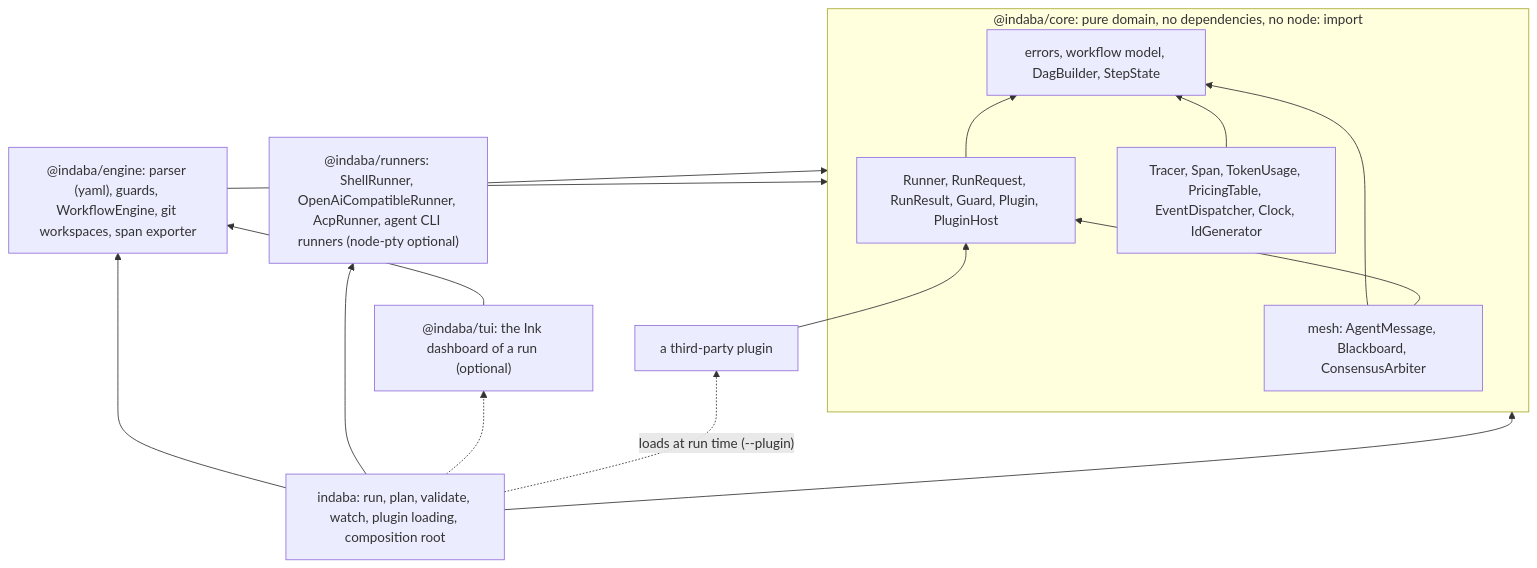
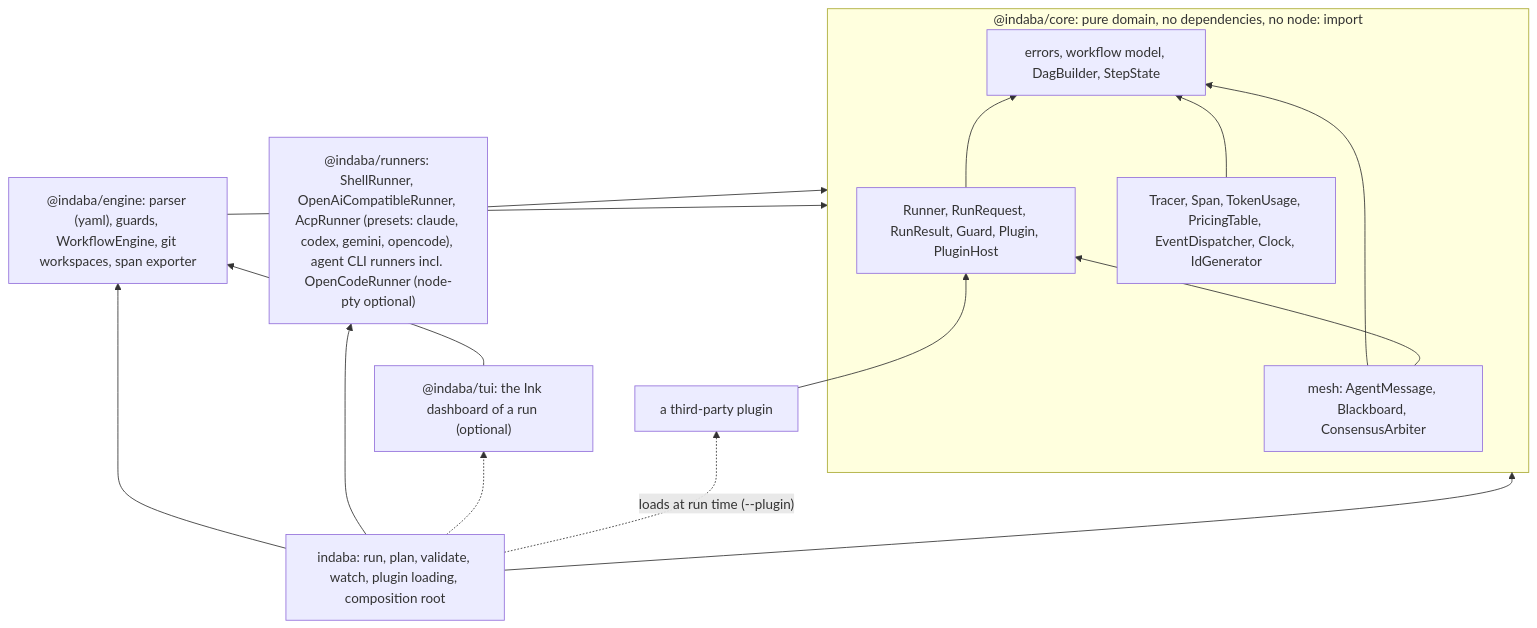
Before and after one commit to yaotzin1/indaba: the diagram in specs/DEPENDENCY_MAP.md, drawn with Mermaid. The commit also changed 16 other files, not shown here.

First line of the commit message:
feat(runners): OpenCode as an ACP preset and a last-resort CLI runner (#18)

````diff
--- a/specs/DEPENDENCY_MAP.md
+++ b/specs/DEPENDENCY_MAP.md
@@ -7,29 +7,29 @@
 ```mermaid
 graph BT
     subgraph Domain["@indaba/core: pure domain, no dependencies, no node: import"]
         Core["errors, workflow model, DagBuilder, StepState"]
         Mesh["mesh: AgentMessage, Blackboard, ConsensusArbiter"]
         Contracts["Runner, RunRequest, RunResult, Guard, Plugin, PluginHost"]
         Obs["Tracer, Span, TokenUsage, PricingTable, EventDispatcher, Clock, IdGenerator"]
     end
 
     Engine["@indaba/engine: parser (yaml), guards, WorkflowEngine, git workspaces, span exporter"]
-    Runners["@indaba/runners: ShellRunner, OpenAiCompatibleRunner, AcpRunner, agent CLI runners (node-pty optional)"]
+    Runners["@indaba/runners: ShellRunner, OpenAiCompatibleRunner, AcpRunner (presets: claude, codex, gemini, opencode), agent CLI runners incl. OpenCodeRunner (node-pty optional)"]
     Cli["indaba: run, plan, validate, watch, plugin loading, composition root"]
     Tui["@indaba/tui: the Ink dashboard of a run (optional)"]
     Plugin["a third-party plugin"]
 
     Mesh --> Core
     Mesh --> Contracts
     Contracts --> Core
     Obs --> Core
     Engine --> Domain
     Runners --> Domain
     Cli --> Engine
     Cli --> Runners
     Cli --> Domain
     Cli -.-> Tui
     Tui --> Engine
     Plugin --> Contracts
     Cli -. "loads at run time (--plugin)" .-> Plugin
 ```
````
